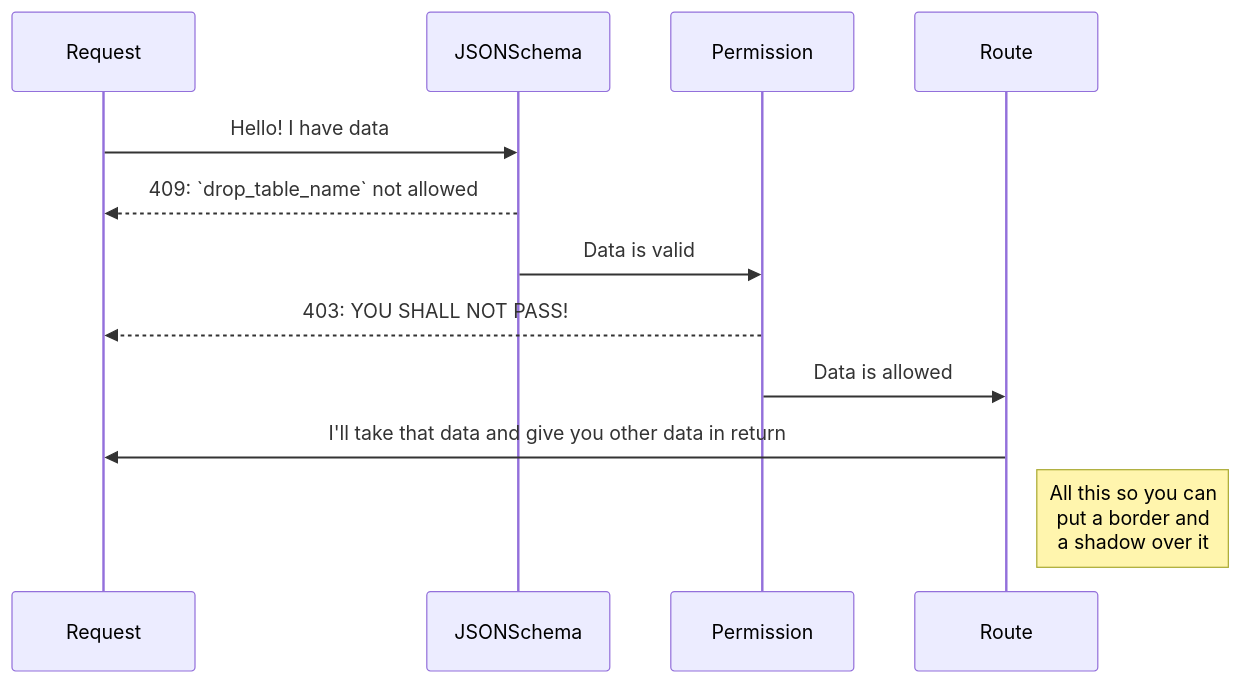
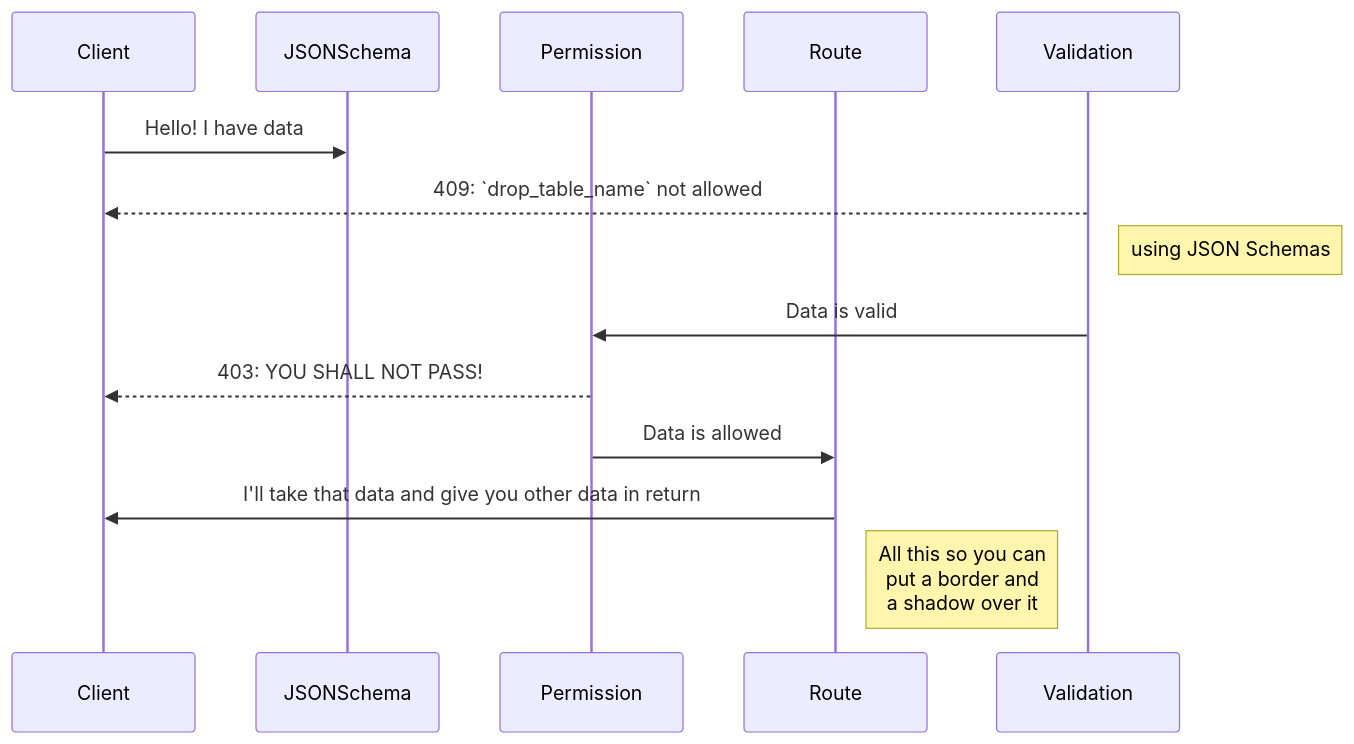
The diagram in docs/req-res-cycle.mmd (asd-xiv/blocks), drawn with Mermaid before and after one commit. The commit also changed 4 other files, not shown here.

```diff
--- a/docs/req-res-cycle.mmd
+++ b/docs/req-res-cycle.mmd
@@ -1,13 +1,14 @@
 sequenceDiagram
-    participant Request
+    participant Client
     participant JSONSchema
     participant Permission
     participant Route
 
-    Request ->> JSONSchema: Hello! I have data
-    JSONSchema -->> Request: 409: `drop_table_name` not allowed
-    JSONSchema ->> Permission: Data is valid
-    Permission -->> Request: 403: YOU SHALL NOT PASS!
+    Client ->> JSONSchema: Hello! I have data
+    Validation -->> Client: 409: `drop_table_name` not allowed
+    Note right of Validation: using JSON Schemas
+    Validation ->> Permission: Data is valid
+    Permission -->> Client: 403: YOU SHALL NOT PASS!
     Permission ->> Route: Data is allowed
-    Route ->> Request: I'll take that data and give you other data in return
+    Route ->> Client: I'll take that data and give you other data in return
     Note right of Route: All this so you can <br/> put a border and <br/> a shadow over it
```
